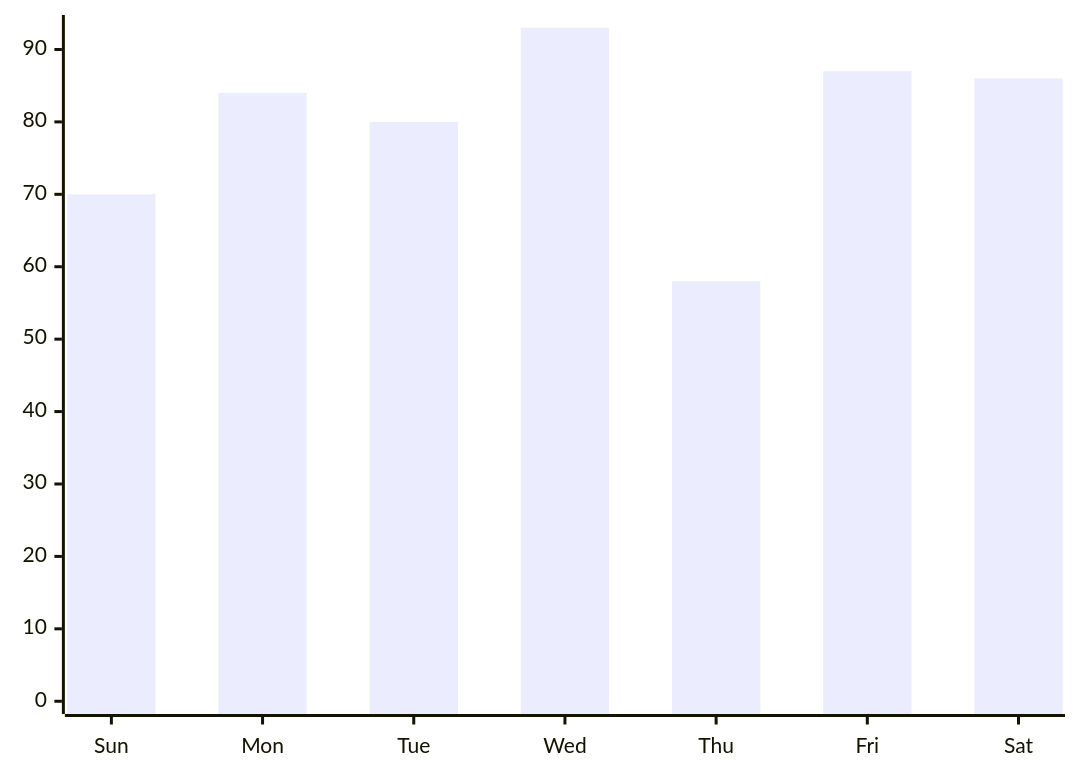
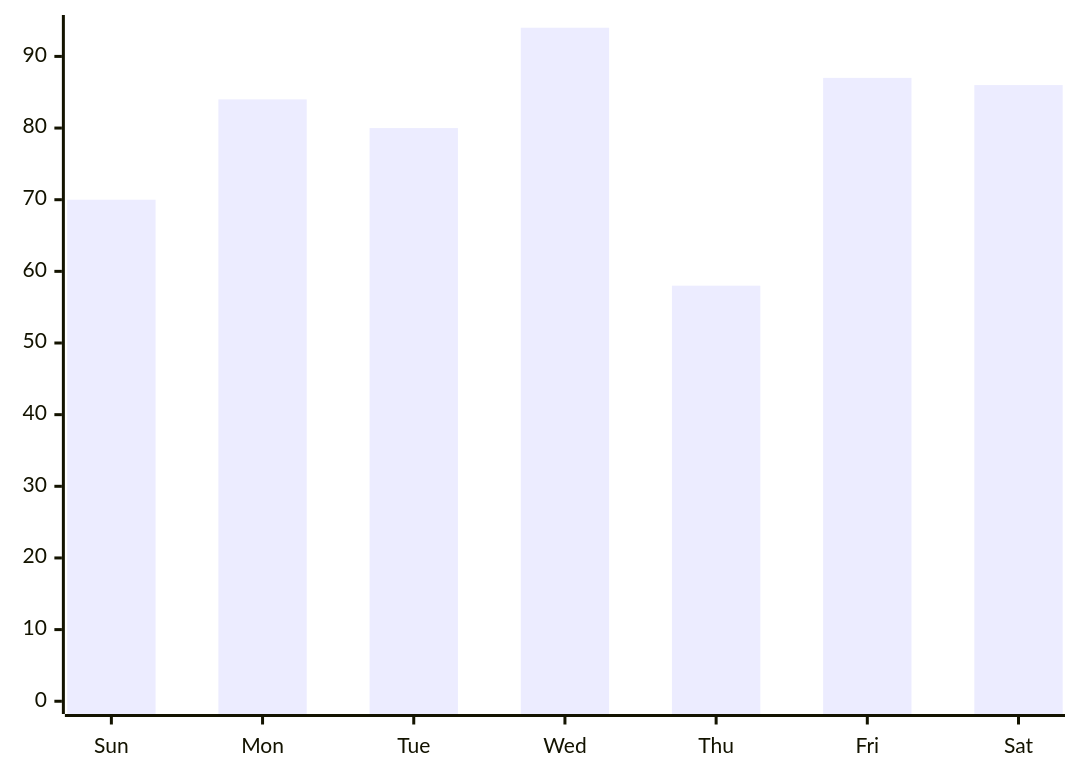
Before and after one commit to austrellum/navigator: the fourth of 4 diagrams in index.stats.md, drawn with Mermaid. The commit also changed other lines of this file and 8 other files, not shown here.

````diff
--- a/index.stats.md
+++ b/index.stats.md
@@ -40,6 +40,6 @@
 ```mermaid
 xychart-beta
   x-axis ["Sun","Mon","Tue","Wed","Thu","Fri","Sat"]
-  y-axis 0 --> 93
-  bar [70,84,80,93,58,87,86]
+  y-axis 0 --> 94
+  bar [70,84,80,94,58,87,86]
 ```
````
